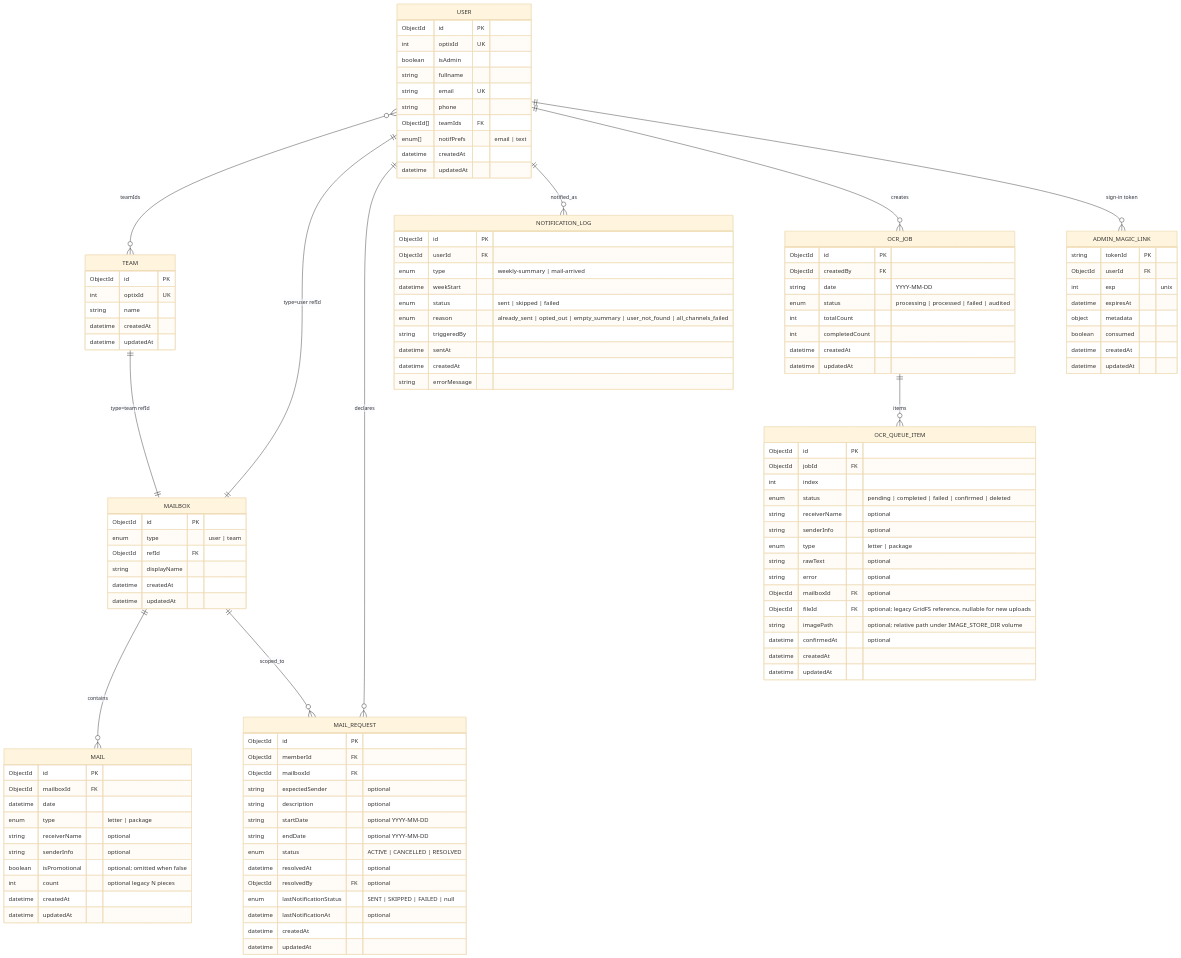
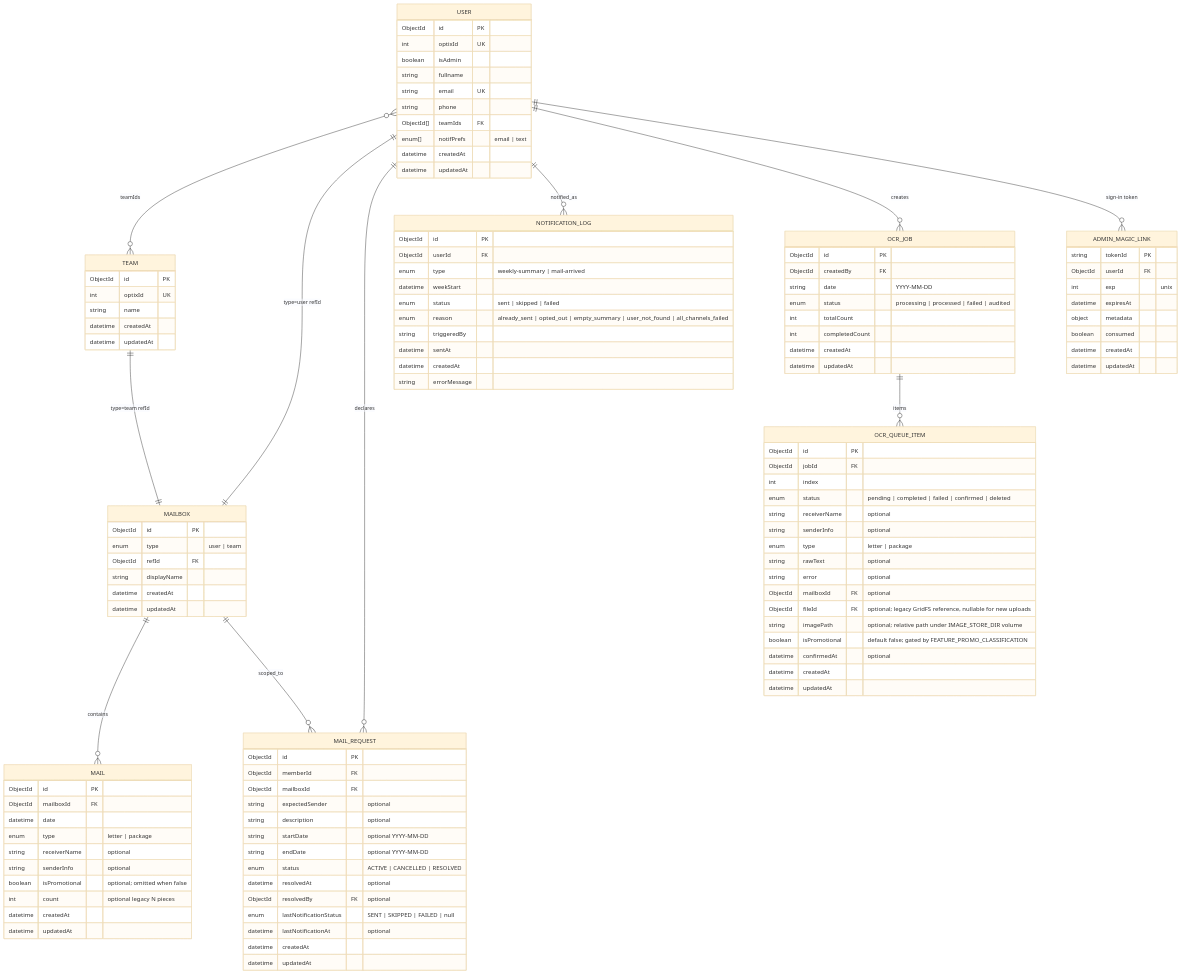
One commit to CMU-413/avenu changed the diagram in docs/01-architecture/diagrams/data-model.mmd. Above: the diagram before and after it, drawn with Mermaid (base theme). The commit also changed 2 other files, not shown here.

Commit message:
docs: reflect promotional classification reach into OCR queue
- .env.sample: rewrite the FEATURE_PROMO_CLASSIFICATION comment, which
  claimed no user-facing effect; the flag now gates the toggle on both
  the record-entry form and the OCR queue review screen.
- data-model.md / data-model.mmd: add `isPromotional` to OCR_QUEUE_ITEM
  and fill in the previously-undocumented `fileId` / `imagePath`
  fields alongside it.

Made-with: Cursor

```diff
--- a/docs/01-architecture/diagrams/data-model.mmd
+++ b/docs/01-architecture/diagrams/data-model.mmd
@@ -1,134 +1,135 @@
 erDiagram
 
     USER {
         ObjectId id PK
         int optixId UK
         boolean isAdmin
         string fullname
         string email UK
         string phone
         ObjectId[] teamIds FK
         enum[] notifPrefs "email | text"
         datetime createdAt
         datetime updatedAt
     }
 
     TEAM {
         ObjectId id PK
         int optixId UK
         string name
         datetime createdAt
         datetime updatedAt
     }
 
     MAILBOX {
         ObjectId id PK
         enum type "user | team"
         ObjectId refId FK
         string displayName
         datetime createdAt
         datetime updatedAt
     }
 
     MAIL {
         ObjectId id PK
         ObjectId mailboxId FK
         datetime date
         enum type "letter | package"
         string receiverName "optional"
         string senderInfo "optional"
         boolean isPromotional "optional; omitted when false"
         int count "optional legacy N pieces"
         datetime createdAt
         datetime updatedAt
     }
 
     MAIL_REQUEST {
         ObjectId id PK
         ObjectId memberId FK
         ObjectId mailboxId FK
         string expectedSender "optional"
         string description "optional"
         string startDate "optional YYYY-MM-DD"
         string endDate "optional YYYY-MM-DD"
         enum status "ACTIVE | CANCELLED | RESOLVED"
         datetime resolvedAt "optional"
         ObjectId resolvedBy FK "optional"
         enum lastNotificationStatus "SENT | SKIPPED | FAILED | null"
         datetime lastNotificationAt "optional"
         datetime createdAt
         datetime updatedAt
     }
 
     NOTIFICATION_LOG {
         ObjectId id PK
         ObjectId userId FK
         enum type "weekly-summary | mail-arrived"
         datetime weekStart
         enum status "sent | skipped | failed"
         enum reason "already_sent | opted_out | empty_summary | user_not_found | all_channels_failed"
         string triggeredBy
         datetime sentAt
         datetime createdAt
         string errorMessage
     }
 
     OCR_JOB {
         ObjectId id PK
         ObjectId createdBy FK
         string date "YYYY-MM-DD"
         enum status "processing | processed | failed | audited"
         int totalCount
         int completedCount
         datetime createdAt
         datetime updatedAt
     }
 
     OCR_QUEUE_ITEM {
         ObjectId id PK
         ObjectId jobId FK
         int index
         enum status "pending | completed | failed | confirmed | deleted"
         string receiverName "optional"
         string senderInfo "optional"
         enum type "letter | package"
         string rawText "optional"
         string error "optional"
         ObjectId mailboxId FK "optional"
         ObjectId fileId FK "optional; legacy GridFS reference, nullable for new uploads"
         string imagePath "optional; relative path under IMAGE_STORE_DIR volume"
+        boolean isPromotional "default false; gated by FEATURE_PROMO_CLASSIFICATION"
         datetime confirmedAt "optional"
         datetime createdAt
         datetime updatedAt
     }
 
     ADMIN_MAGIC_LINK {
         string tokenId PK
         ObjectId userId FK
         int exp "unix"
         datetime expiresAt
         object metadata
         boolean consumed
         datetime createdAt
         datetime updatedAt
     }
 
     %% Relationships (MongoDB: refs are ObjectIds; uniqueness via indexes, not FK enforcement)
 
     USER }o--o{ TEAM : "teamIds"
 
     USER ||--|| MAILBOX : "type=user refId"
     TEAM ||--|| MAILBOX : "type=team refId"
 
     MAILBOX ||--o{ MAIL : contains
     USER ||--o{ MAIL_REQUEST : declares
     MAILBOX ||--o{ MAIL_REQUEST : scoped_to
 
     USER ||--o{ NOTIFICATION_LOG : notified_as
 
     USER ||--o{ OCR_JOB : creates
     OCR_JOB ||--o{ OCR_QUEUE_ITEM : items
 
     USER ||--o{ ADMIN_MAGIC_LINK : "sign-in token"
 
     %% Confirming a queue item creates a MAIL row; no stored FK from mail back to OCR_QUEUE_ITEM
```
